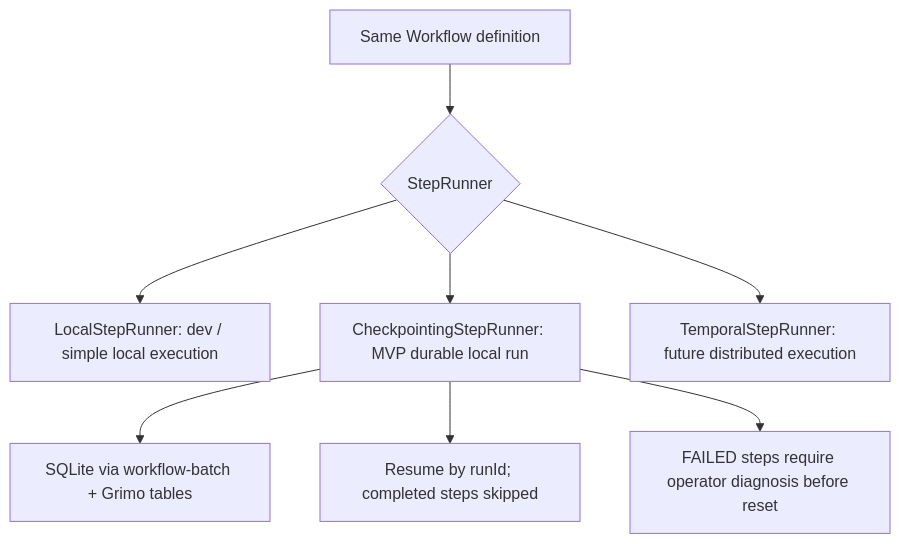
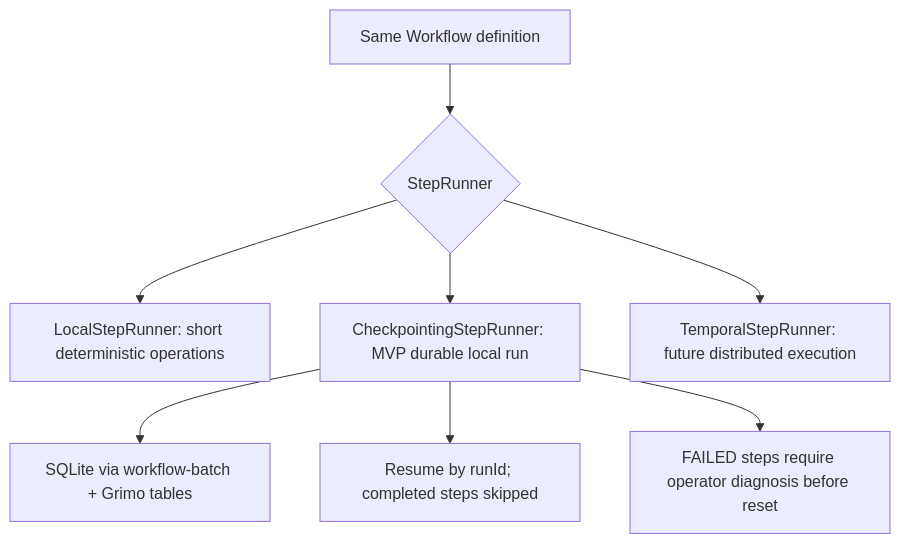
The tenth of 10 diagrams in docs/grimo/references/grimo-agent-workflow-definition.md (samzhu/grimoAPP), drawn with Mermaid before and after one commit. The commit also changed other lines of this file and 29 other files, not shown here.

````diff
--- a/docs/grimo/references/grimo-agent-workflow-definition.md
+++ b/docs/grimo/references/grimo-agent-workflow-definition.md
@@ -367,11 +396,11 @@
 ```mermaid
 flowchart TD
   WorkflowDef["Same Workflow definition"] --> Runner{"StepRunner"}
-  Runner --> Local["LocalStepRunner: dev / simple local execution"]
+  Runner --> Local["LocalStepRunner: short deterministic operations"]
   Runner --> Checkpoint["CheckpointingStepRunner: MVP durable local run"]
   Runner --> Temporal["TemporalStepRunner: future distributed execution"]
 
   Checkpoint --> SQLite["SQLite via workflow-batch + Grimo tables"]
   Checkpoint --> Resume["Resume by runId; completed steps skipped"]
   Checkpoint --> Failed["FAILED steps require operator diagnosis before reset"]
 ```
````
